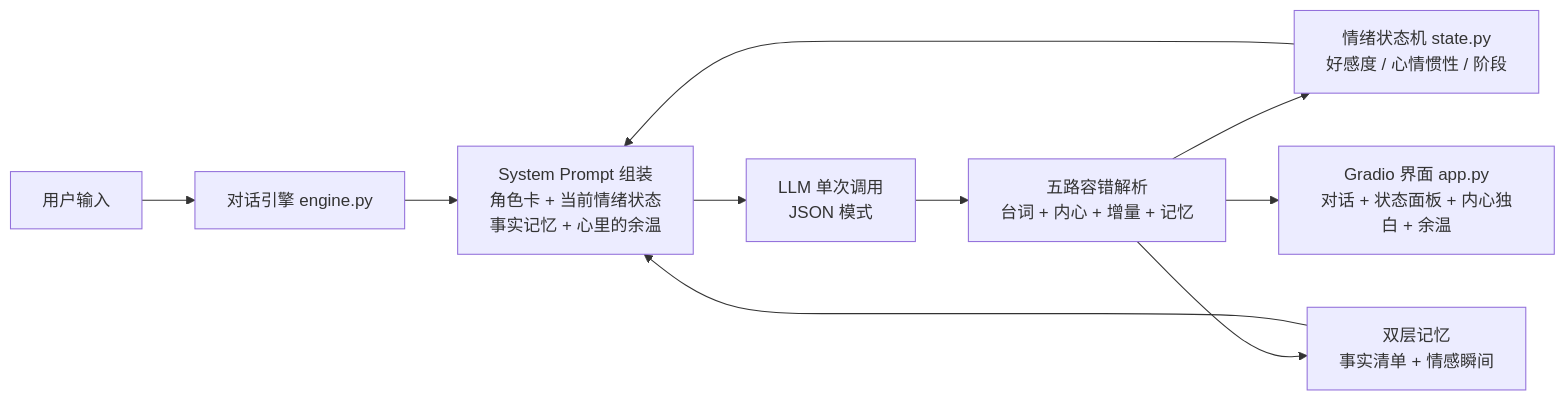
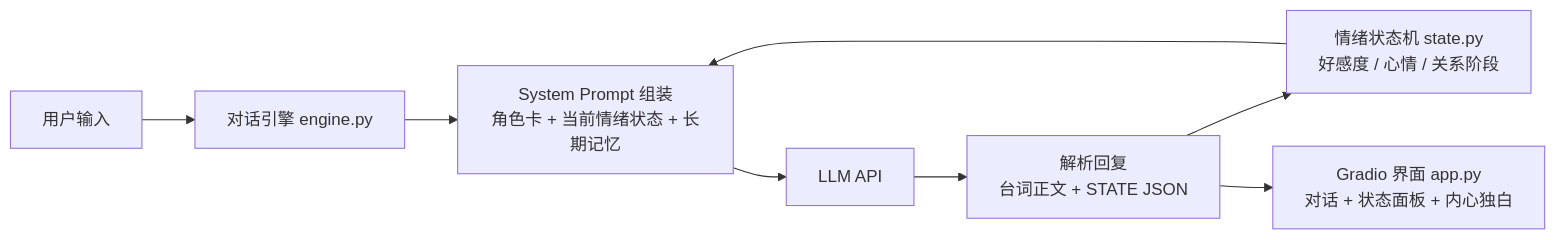
One commit to xinaijian/haibara-ai changed the diagram in README.md. Above: the diagram before and after it, drawn with Mermaid. The commit also changed other lines of this file and 3 other files, not shown here.

````diff
--- a/README.md
+++ b/README.md
@@ -19,12 +19,10 @@
 ```mermaid
 flowchart LR
     U[用户输入] --> E[对话引擎 engine.py]
-    E --> P["System Prompt 组装<br>角色卡 + 当前情绪状态<br>事实记忆 + 心里的余温"]
-    P --> L["LLM 单次调用<br>JSON 模式"]
-    L --> R["五路容错解析<br>台词 + 内心 + 增量 + 记忆"]
-    R --> S["情绪状态机 state.py<br>好感度 / 心情惯性 / 阶段"]
-    R --> M["双层记忆<br>事实清单 + 情感瞬间"]
-    R --> UI["Gradio 界面 app.py<br>对话 + 状态面板 + 内心独白 + 余温"]
+    E --> P["System Prompt 组装<br>角色卡 + 当前情绪状态 + 长期记忆"]
+    P --> L[LLM API]
+    L --> R["解析回复<br>台词正文 + STATE JSON"]
+    R --> S["情绪状态机 state.py<br>好感度 / 心情 / 关系阶段"]
+    R --> UI["Gradio 界面 app.py<br>对话 + 状态面板 + 内心独白"]
     S --> P
-    M --> P
 ```
````
